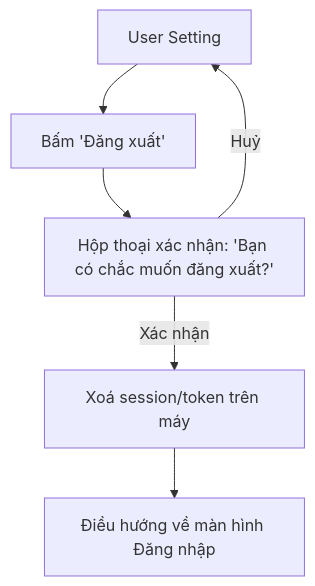
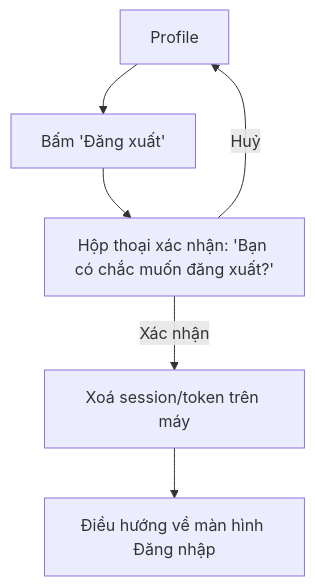
One commit to townsoft-dev/biztown-rent changed the eighth of 8 diagrams in docs/USER-FLOWS.md. Above: the diagram before and after it, drawn with Mermaid. The commit also changed other lines of this file and 14 other files, not shown here.

````diff
--- a/docs/USER-FLOWS.md
+++ b/docs/USER-FLOWS.md
@@ -207,8 +210,8 @@
 ```mermaid
 flowchart TD
-    A[User Setting] --> B[Bấm 'Đăng xuất']
+    A[Profile] --> B[Bấm 'Đăng xuất']
     B --> C[Hộp thoại xác nhận: 'Bạn có chắc muốn đăng xuất?']
     C -- Huỷ --> A
     C -- Xác nhận --> D[Xoá session/token trên máy]
     D --> E[Điều hướng về màn hình Đăng nhập]
 ```
````
